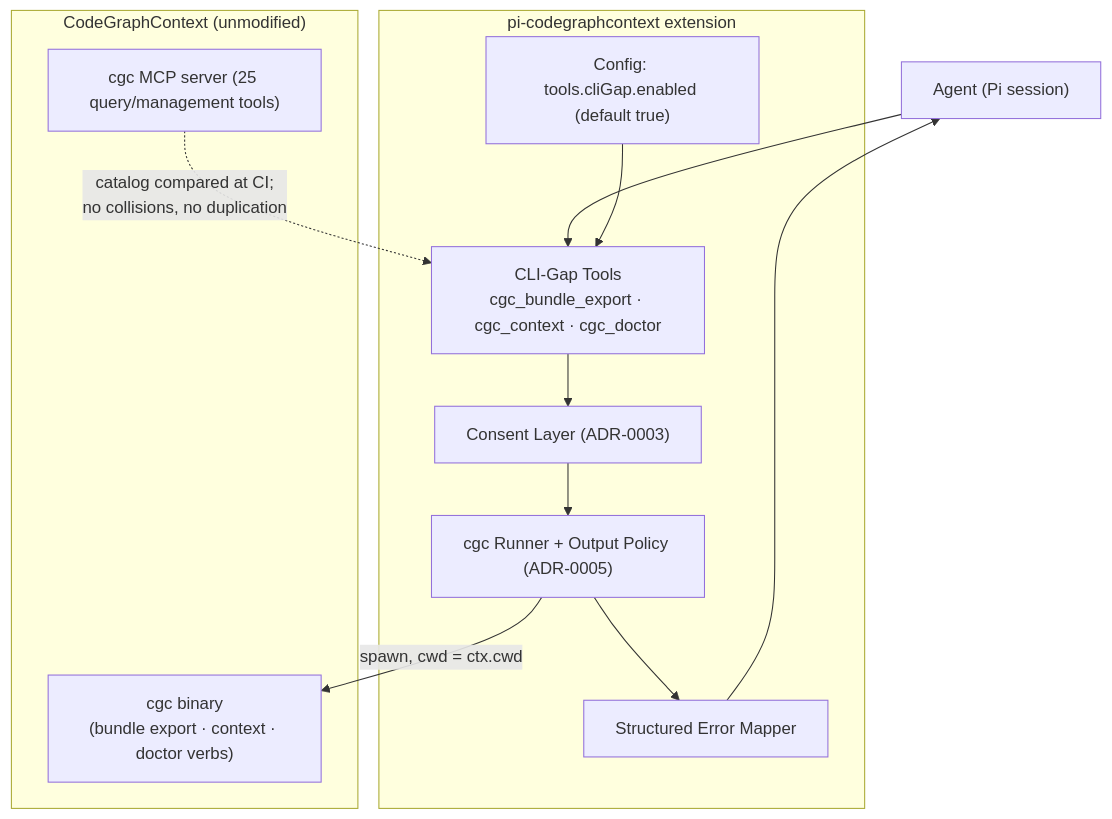
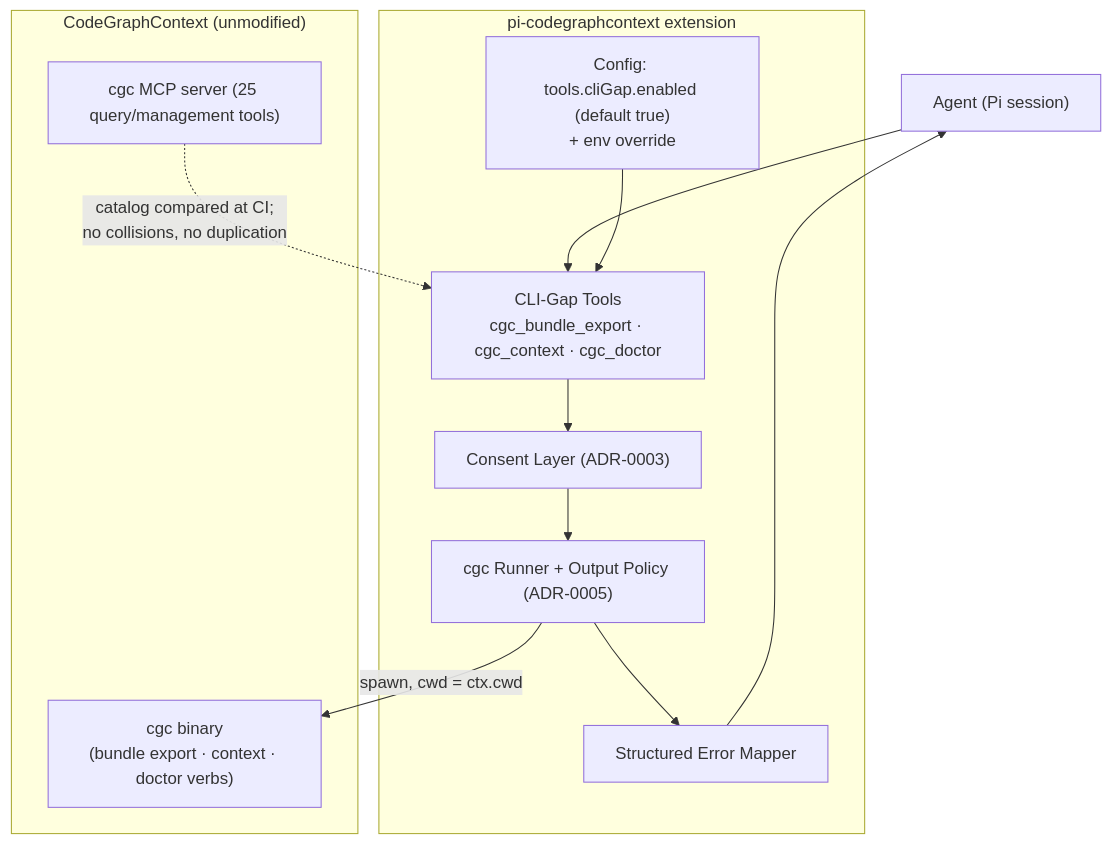
Before and after one commit to raphaelbahat/pi-codegraphcontext: the diagram in openspec/changes/add-cgc-cli-gap-tools/design.md, drawn with Mermaid. The commit also changed other lines of this file and 40 other files, not shown here.

````diff
--- a/openspec/changes/add-cgc-cli-gap-tools/design.md
+++ b/openspec/changes/add-cgc-cli-gap-tools/design.md
@@ -77,25 +77,25 @@
 ```mermaid
 graph TB
     Agent["Agent (Pi session)"]
 
     subgraph Ext["pi-codegraphcontext extension"]
         Tools["CLI-Gap Tools<br/>cgc_bundle_export · cgc_context · cgc_doctor"]
         Consent["Consent Layer (ADR-0003)"]
         Errors["Structured Error Mapper"]
         Runner["cgc Runner + Output Policy (ADR-0005)"]
-        Cfg["Config: tools.cliGap.enabled (default true)"]
+        Cfg["Config: tools.cliGap.enabled (default true)\n+ env override"]
     end
 
     subgraph CGC["CodeGraphContext (unmodified)"]
         CLI["cgc binary<br/>(bundle export · context · doctor verbs)"]
         MCP["cgc MCP server (25 query/management tools)"]
     end
 
     Agent --> Tools
     Cfg --> Tools
     Tools --> Consent
     Consent --> Runner
     Runner -->|"spawn, cwd = ctx.cwd"| CLI
     Runner --> Errors --> Agent
     MCP -.->|"catalog compared at CI;<br/>no collisions, no duplication"| Tools
 ```
````
